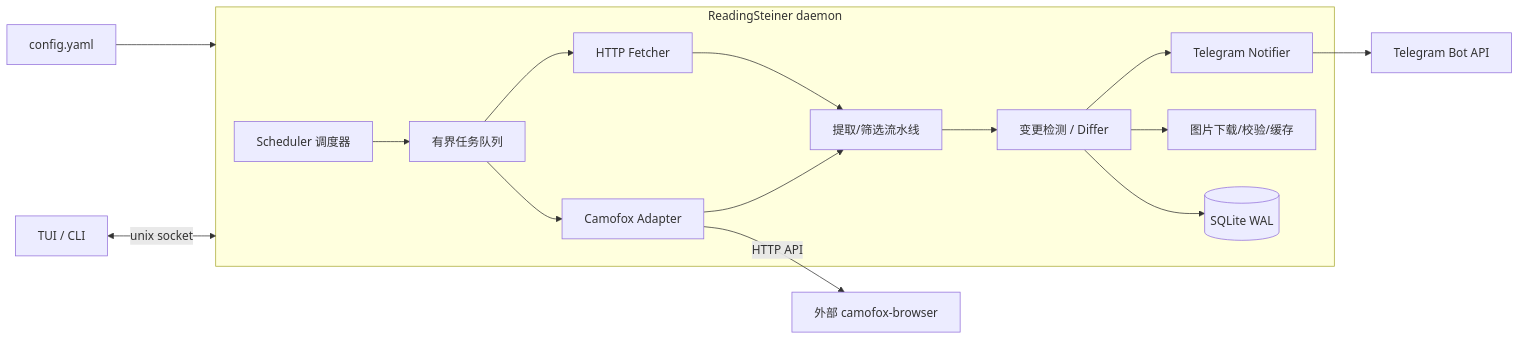
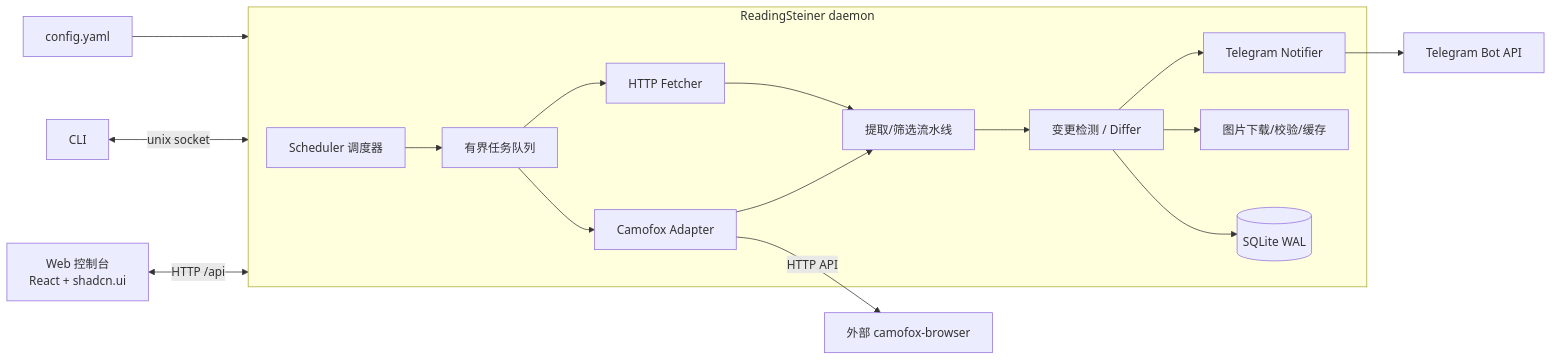
The diagram in PLAN.md (Initsnow/ReadingSteiner), drawn with Mermaid before and after one commit. The commit also changed other lines of this file and 38 other files, not shown here.

Commit message:
feat: replace TUI with React web console (shadcn/ui)

````diff
--- a/PLAN.md
+++ b/PLAN.md
@@ -64,23 +64,24 @@
 ```mermaid
 flowchart LR
   CFG[config.yaml] --> DAEMON
-  TUI[TUI / CLI] <-->|unix socket| DAEMON
+  CLI[CLI] <-->|unix socket| DAEMON
+  WEB[Web 控制台<br/>React + shadcn.ui] <-->|HTTP /api| DAEMON
 
   subgraph DAEMON[ReadingSteiner daemon]
     S[Scheduler 调度器]
     Q[有界任务队列]
     F1[HTTP Fetcher]
     F2[Camofox Adapter]
     P[提取/筛选流水线]
     D[变更检测 / Differ]
     N[Telegram Notifier]
     IMG[图片下载/校验/缓存]
     DB[(SQLite WAL)]
   end
 
   S --> Q --> F1 & F2 --> P --> D --> N
   D --> IMG
   F2 -->|HTTP API| CAMOFOX[外部 camofox-browser]
   N --> TG[Telegram Bot API]
   D --> DB
 ```
````
